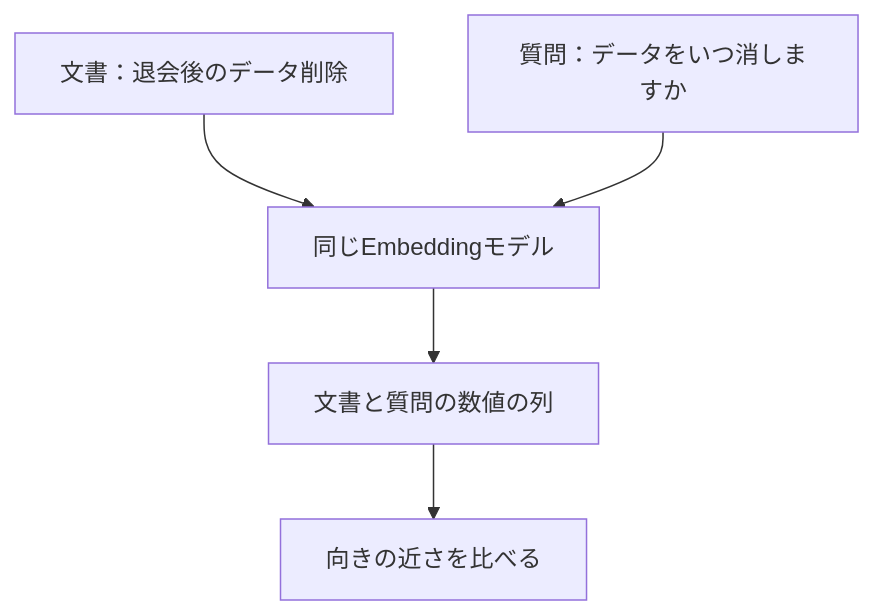
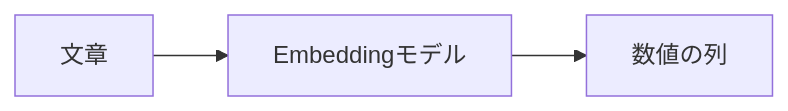
Before and after one commit to kouji0705/rag-study: the diagram in books/cd019af39edb03/04-embedding.md, drawn with Mermaid. The commit also changed other lines of this file and 11 other files, not shown here.

````diff
--- a/books/cd019af39edb03/04-embedding.md
+++ b/books/cd019af39edb03/04-embedding.md
@@ -64,7 +12,4 @@
 ```mermaid
-flowchart TD
-    D["文書：退会後のデータ削除"] --> M["同じEmbeddingモデル"]
-    Q["質問：データをいつ消しますか"] --> M
-    M --> V["文書と質問の数値の列"]
-    V --> C["向きの近さを比べる"]
+flowchart LR
+    T["文章"] --> M["Embeddingモデル"] --> V["数値の列"]
 ```
````
